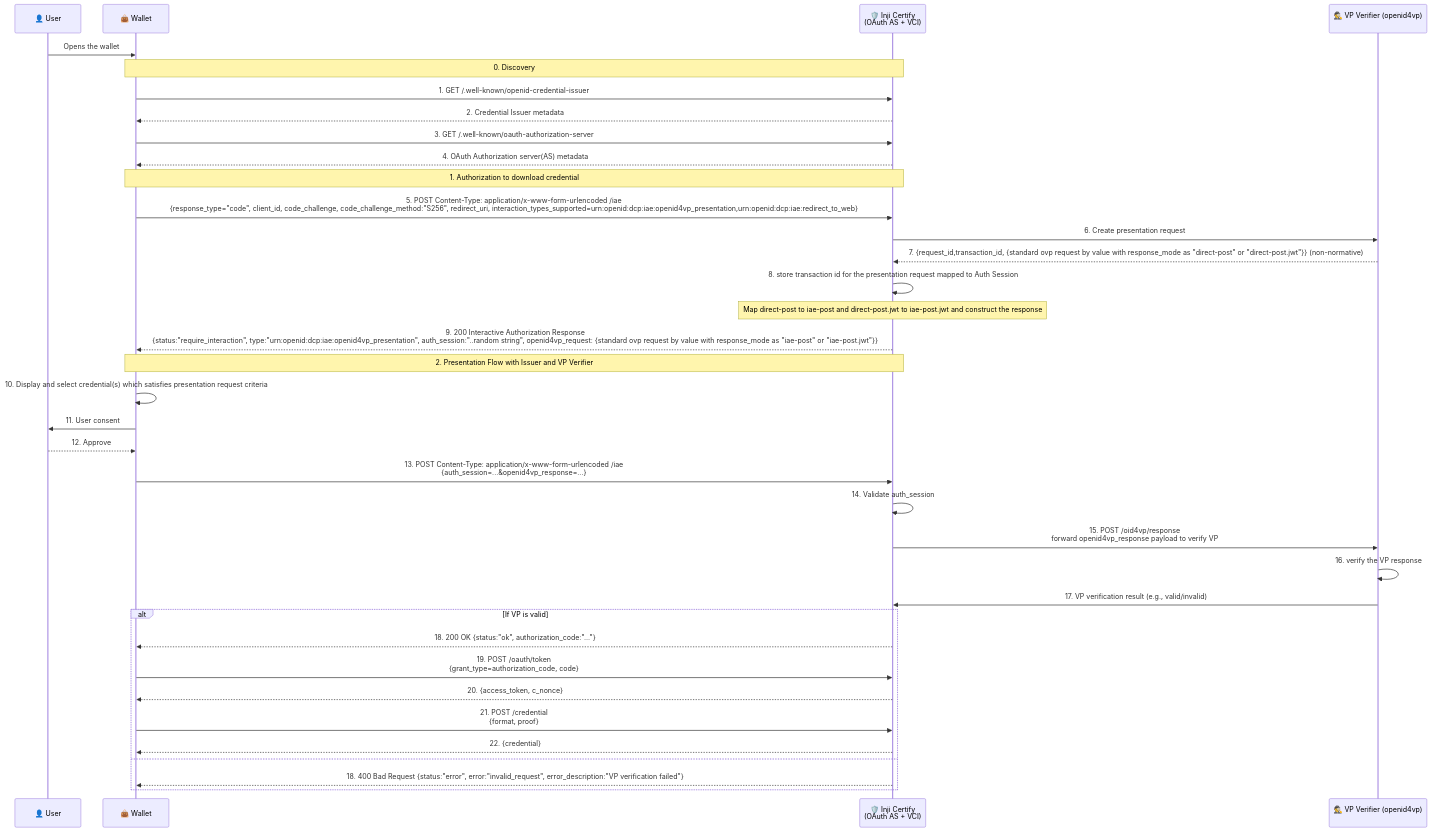
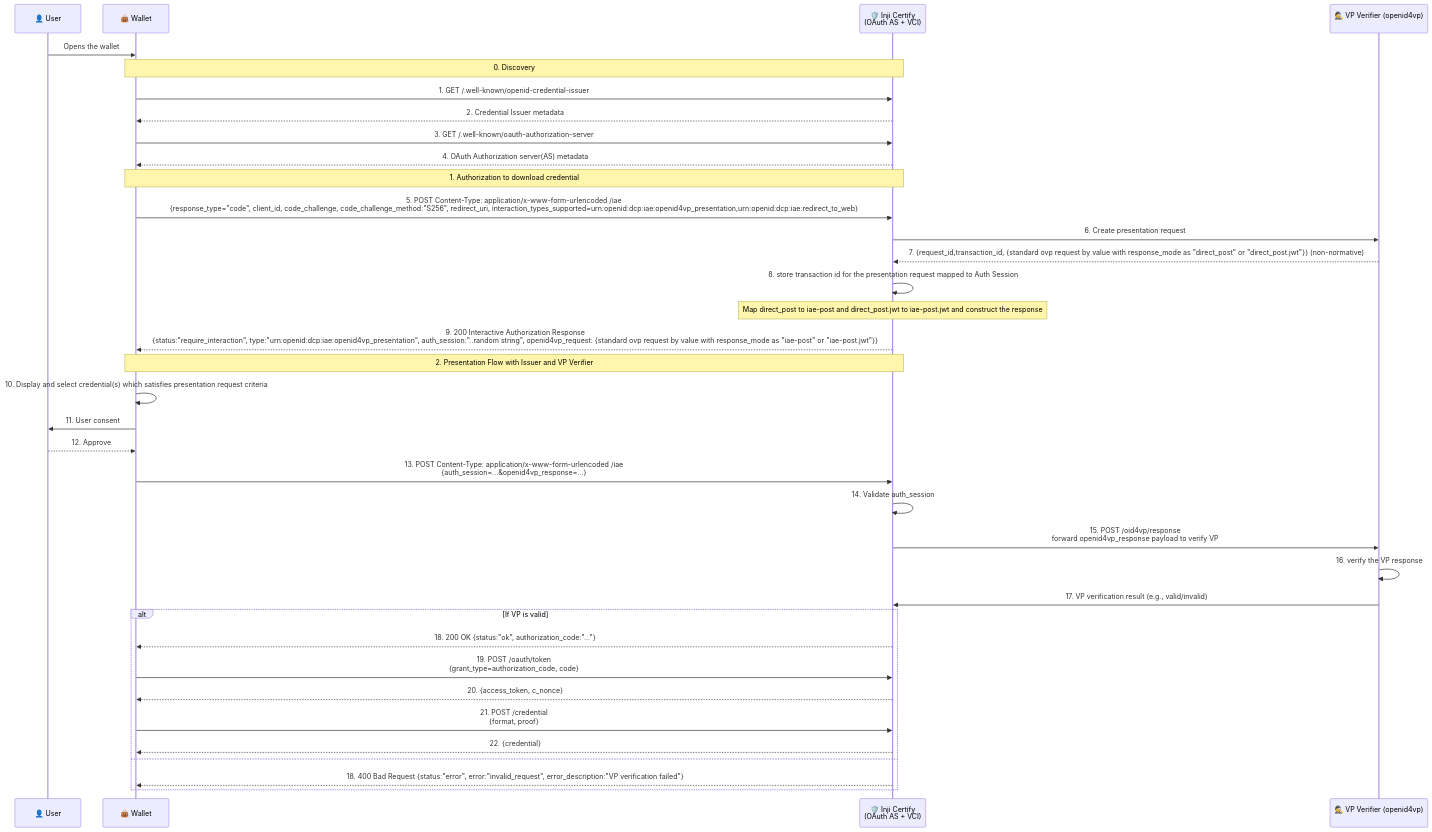
The diagram in docs/Presentation-During-Issuance.md (inji/inji-certify), drawn with Mermaid before and after one commit. The commit also changed other lines of this file and 5 other files, not shown here.

````diff
--- a/docs/Presentation-During-Issuance.md
+++ b/docs/Presentation-During-Issuance.md
@@ -33,43 +33,43 @@
 ```mermaid
 sequenceDiagram
     participant U as 👤 User
     participant W as 👜 Wallet
     participant IC as 🛡️ Inji Certify<br/>(OAuth AS + VCI)
     participant IVP as 🕵️ VP Verifier (openid4vp)<br/>
 
     U->>W: Opens the wallet
     Note over W,IC: 0. Discovery
     W->>IC: 1. GET /.well-known/openid-credential-issuer
     IC-->>W: 2. Credential Issuer metadata
     W->>IC: 3. GET /.well-known/oauth-authorization-server
     IC-->>W: 4. OAuth Authorization server(AS) metadata 
     
     Note over W,IC: 1. Authorization to download credential
     W->>IC: 5. POST Content-Type: application/x-www-form-urlencoded /iae<br/>{response_type="code", client_id, code_challenge, code_challenge_method:"S256", redirect_uri, interaction_types_supported=urn:openid:dcp:iae:openid4vp_presentation,urn:openid:dcp:iae:redirect_to_web}
     IC->>IVP: 6. Create presentation request
-    IVP-->>IC: 7. {request_id,transaction_id, {standard ovp request by value with response_mode as "direct-post" or "direct-post.jwt"}} (non-normative)
+    IVP-->>IC: 7. {request_id,transaction_id, {standard ovp request by value with response_mode as "direct_post" or "direct_post.jwt"}} (non-normative)
     IC->>IC: 8. store transaction id for the presentation request mapped to Auth Session
-    Note over IC: Map direct-post to iae-post and direct-post.jwt to iae-post.jwt and construct the response
+    Note over IC: Map direct_post to iae-post and direct_post.jwt to iae-post.jwt and construct the response
     IC-->>W: 9. 200 Interactive Authorization Response<br/>{status:"require_interaction", type:"urn:openid:dcp:iae:openid4vp_presentation", auth_session:"..random string", openid4vp_request: {standard ovp request by value with response_mode as "iae-post" or "iae-post.jwt"}}
     
     Note over W,IC: 2. Presentation Flow with Issuer and VP Verifier
     W->>W: 10. Display and select credential(s) which satisfies presentation request criteria
     W->>U: 11. User consent
     U-->>W: 12. Approve
     W->>IC: 13. POST Content-Type: application/x-www-form-urlencoded /iae<br/>{auth_session=...&openid4vp_response=...}
     IC->>IC: 14. Validate auth_session
     IC->>IVP: 15. POST /oid4vp/response<br/>forward openid4vp_response payload to verify VP
     IVP->>IVP: 16. verify the VP response
     IVP->>IC: 17. VP verification result (e.g., valid/invalid)
     
     alt If VP is valid 
             IC-->>W: 18. 200 OK {status:"ok", authorization_code:"..."}
             W->>IC: 19. POST /oauth/token<br/>{grant_type=authorization_code, code}
             IC-->>W: 20. {access_token, c_nonce}
             W->>IC: 21. POST /credential<br/>{format, proof}
             IC-->>W: 22. {credential}
     else
             IC-->>W: 18. 400 Bad Request {status:"error", error:"invalid_request", error_description:"VP verification failed"}
     end
     
 ```
````
